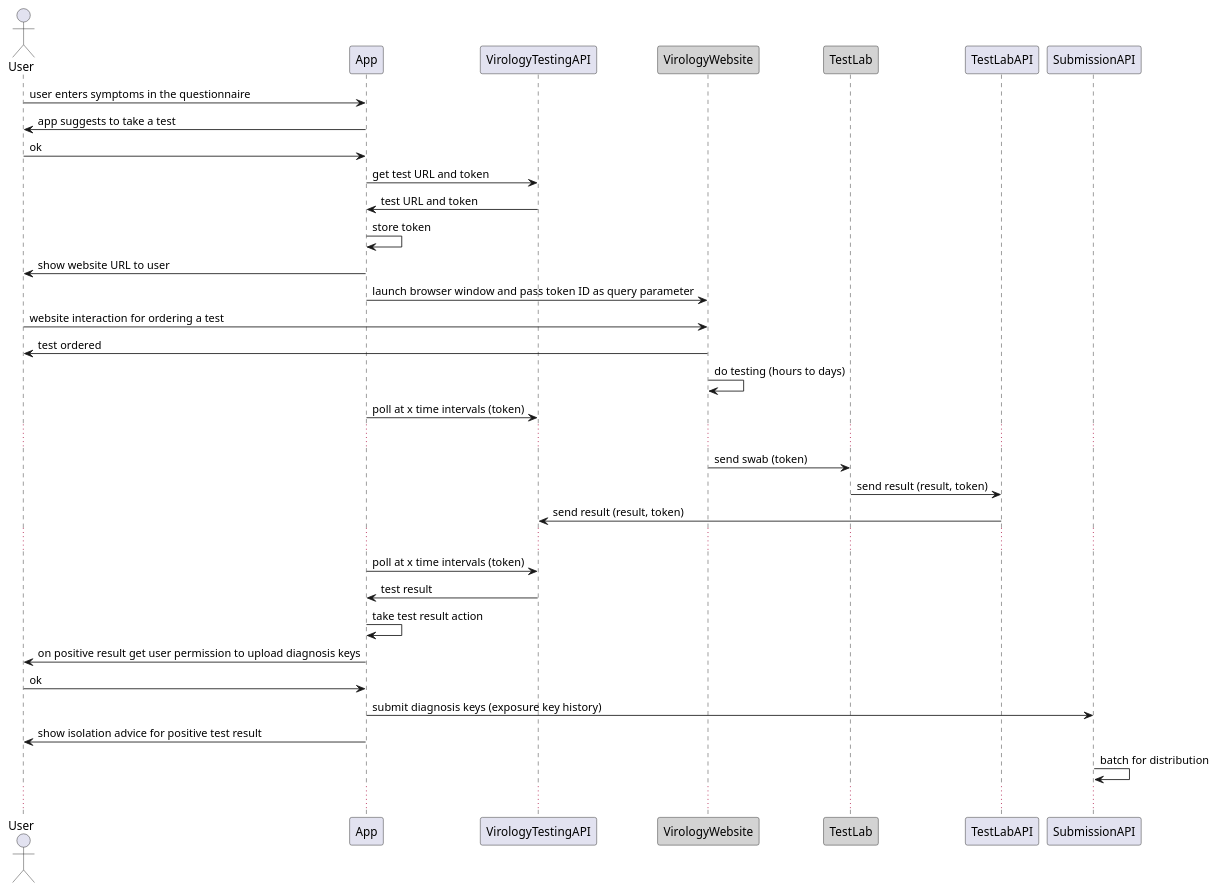
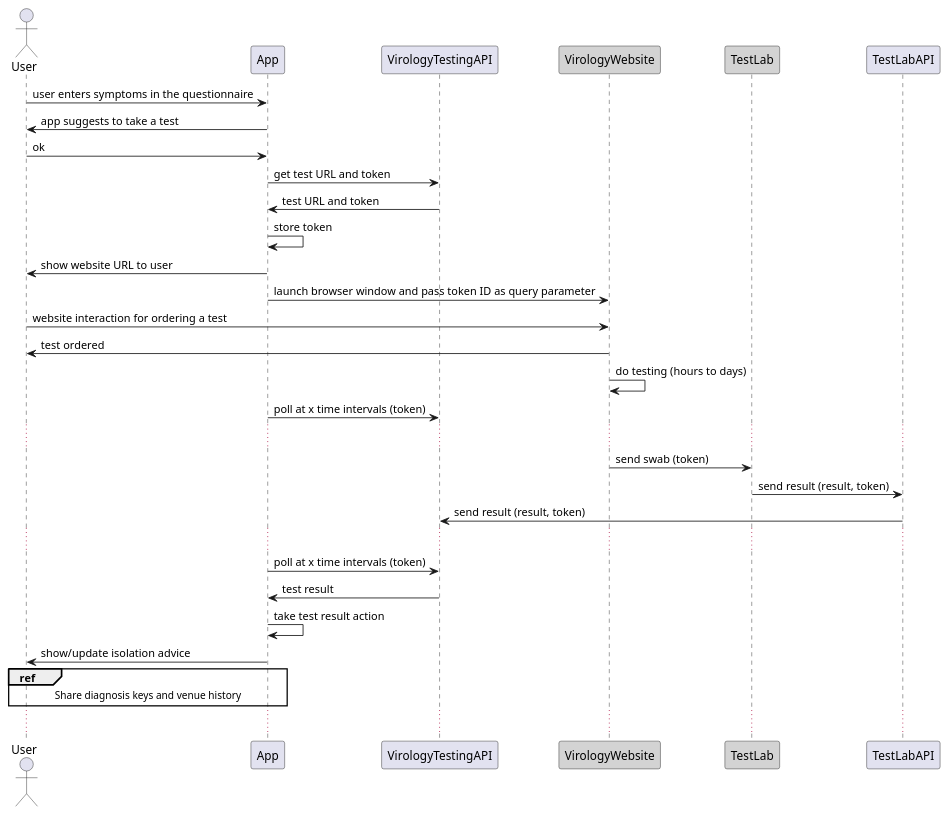
Before and after one commit to ukhsa-collaboration/covid19-app-system-public: the diagram in doc/architecture/diagrams/plant-uml/sys-flow-virology-testing.puml, drawn with PlantUML. The commit also changed 551 other files, not shown here.

```diff
--- a/doc/architecture/diagrams/plant-uml/sys-flow-virology-testing.puml
+++ b/doc/architecture/diagrams/plant-uml/sys-flow-virology-testing.puml
@@ -1,43 +1,37 @@
 @startuml system-flow_virology-testing
 
 Actor User
 
 
 User -> App : user enters symptoms in the questionnaire
 App -> User : app suggests to take a test 
 User -> App : ok
 App -> VirologyTestingAPI: get test URL and token
 App <- VirologyTestingAPI: test URL and token
 App -> App: store token
 
 
 App -> User: show website URL to user
 Participant VirologyWebsite #LightGrey
 
 App -> VirologyWebsite: launch browser window and pass token ID as query parameter
 User -> VirologyWebsite: website interaction for ordering a test
 User <- VirologyWebsite: test ordered 
 VirologyWebsite -> VirologyWebsite: do testing (hours to days)
 App -> VirologyTestingAPI: poll at x time intervals (token)
 ...
 Participant TestLab #LightGrey
 VirologyWebsite -> TestLab: send swab (token)
 TestLab -> TestLabAPI: send result (result, token)
 
 TestLabAPI->VirologyTestingAPI: send result (result, token)
 ...
 App -> VirologyTestingAPI: poll at x time intervals (token)
 App <- VirologyTestingAPI: test result 
 
 App->App: take test result action
-App->User: on positive result get user permission to upload diagnosis keys
-User->App: ok
-
-App->SubmissionAPI: submit diagnosis keys (exposure key history)
-User<-App: show isolation advice for positive test result
-SubmissionAPI -> SubmissionAPI: batch for distribution
+User<-App: show/update isolation advice
+ref over User, App : Share diagnosis keys and venue history
 ...
 
-
-
 @enduml
```
